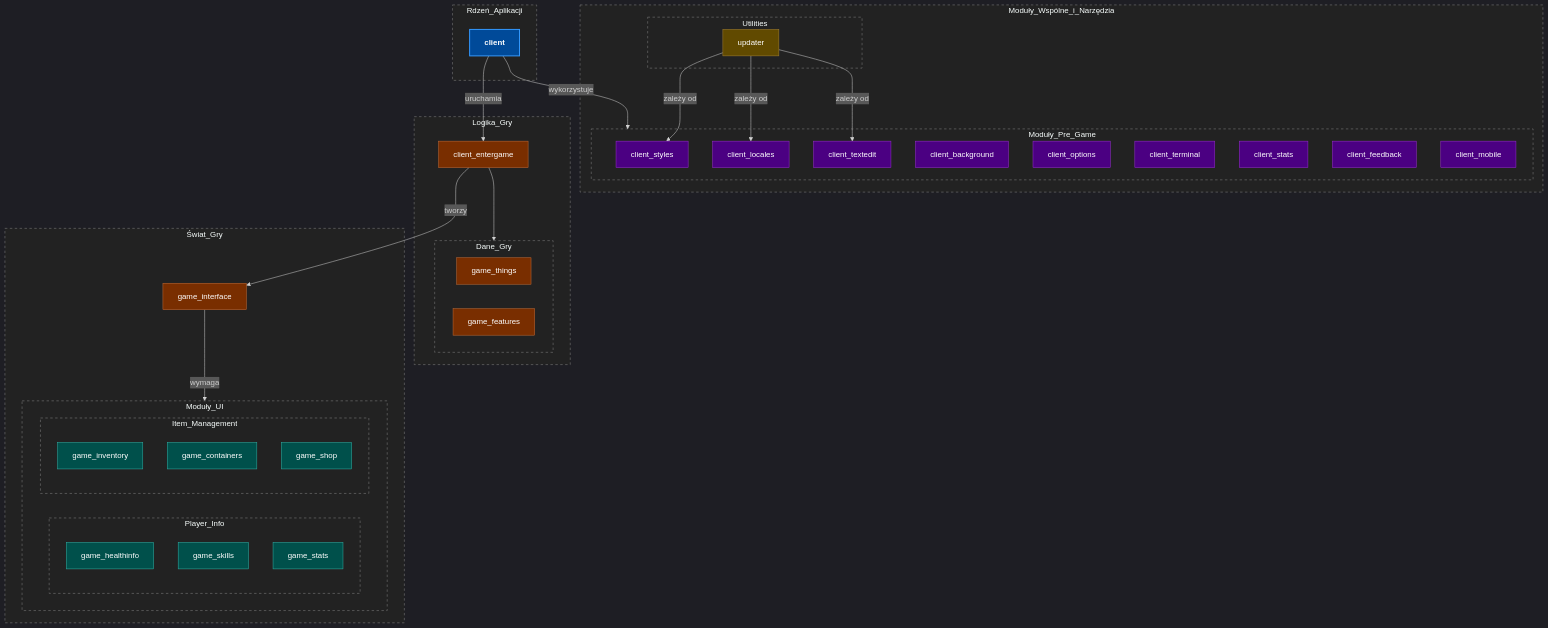
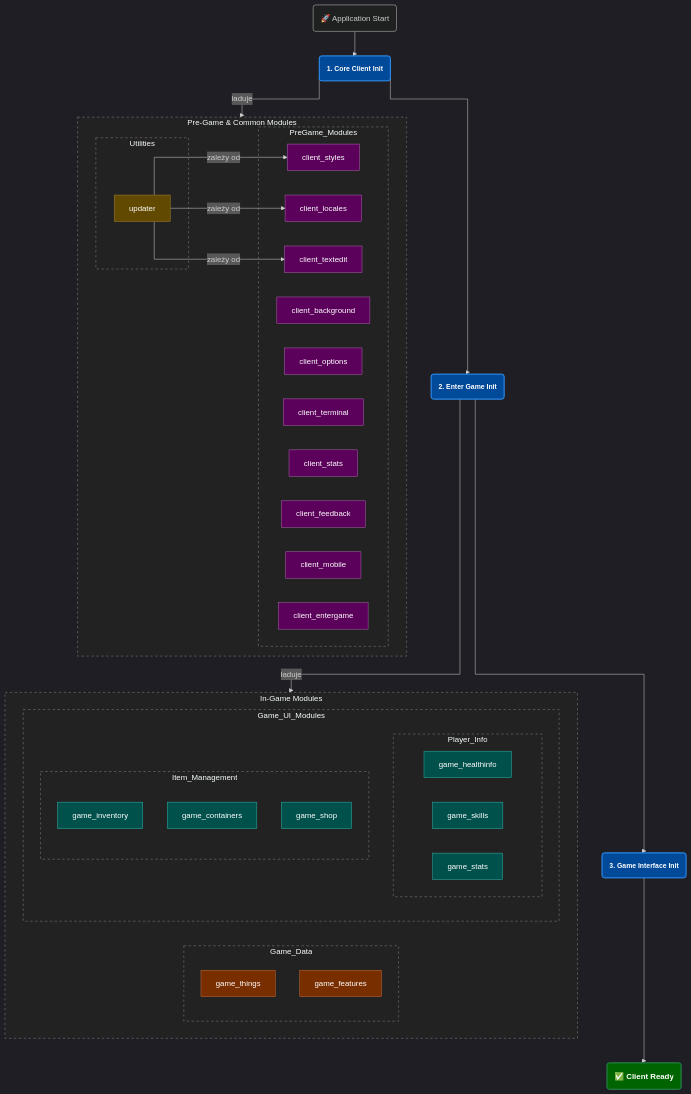
One commit to lukaszj321/otcv8-dev changed the diagram in docs/copilot/diagrams/modules_repo_dag.mmd. Above: the diagram before and after it, drawn with Mermaid.

```diff
--- a/docs/copilot/diagrams/modules_repo_dag.mmd
+++ b/docs/copilot/diagrams/modules_repo_dag.mmd
@@ -1,70 +1,66 @@
-%%{init: {"theme":"dark"}}%%
+%%{init: {"theme":"dark", "flowchart": {"curve": "stepBefore"}}}%%
 graph TD
     %% ===================================================================
-    %% DEFINICJE STYLÓW
+    %% DEFINICje STYLÓW - HIERARCHIA WIZUALNA
     %% ===================================================================
-    classDef core fill:#004a99,color:#fff,stroke:#3399ff,stroke-width:2px,font-weight:bold,font-size:16px;
-    classDef client_module fill:#4B0082,color:#fff,stroke:#9932CC;
-    classDef game_logic fill:#792e00,color:#fff,stroke:#c26d39;
-    classDef game_ui fill:#00504b,color:#fff,stroke:#33b3a9;
-    classDef utility fill:#614a00,color:#fff,stroke:#a68333;
-    classDef container fill:#222,stroke:#888,stroke-dasharray: 5 5;
+    classDef orchestrator fill:#004a99,color:#fff,stroke:#3399ff,stroke-width:2px,font-weight:bold,font-size:14px;
+    classDef module_group fill:#222,stroke:#888,stroke-dasharray: 5 5;
+    classDef pregame_module fill:#5b005b,color:#fff,stroke:#ad66ad;
+    classDef gamedata_module fill:#792e00,color:#fff,stroke:#c26d39;
+    classDef gameui_module fill:#00504b,color:#fff,stroke:#33b3a9;
+    classDef utility_module fill:#614a00,color:#fff,stroke:#a68333;
+    classDef final_state fill:#006400,color:#fff,stroke:#2E8B57,stroke-width:2px,font-weight:bold;
 
     %% ===================================================================
-    %% GŁÓWNY PRZEPŁYW ARCHITEKTONICZNY
+    %% GŁÓWNA OŚ PROCESU I STREFY
     %% ===================================================================
+    
+    Start("🚀 Application Start") --> client("1. Core Client Init");
 
-    subgraph Rdzeń_Aplikacji
-        client;
-    end
-    
-    subgraph Moduły_Wspólne_i_Narzędzia
+    subgraph Pre_Game_Zone [Pre-Game & Common Modules]
         subgraph Utilities
             updater;
         end
-        subgraph Moduły_Pre_Game
-            client_styles & client_locales & client_textedit & client_background & client_options & client_terminal & client_stats & client_feedback & client_mobile;
+        subgraph PreGame_Modules
+            client_styles & client_locales & client_textedit & client_background & client_options & client_terminal & client_stats & client_feedback & client_mobile & client_entergame;
         end
     end
-
-    subgraph Logika_Gry
-        client_entergame;
-        subgraph Dane_Gry
+    
+    client --> client_entergame_init("2. Enter Game Init");
+    client_entergame_init --> game_interface("3. Game Interface Init");
+    
+    subgraph In_Game_Zone [In-Game Modules]
+        subgraph Game_Data
             game_things & game_features;
         end
-        client_entergame --> Dane_Gry;
-    end
-
-    subgraph Świat_Gry
-        game_interface;
-        subgraph Moduły_UI
+        subgraph Game_UI_Modules
             subgraph Player_Info
                 game_healthinfo & game_skills & game_stats_ui[game_stats];
             end
             subgraph Item_Management
                 game_inventory & game_containers & game_shop;
             end
         end
-        game_interface -- "wymaga" --> Moduły_UI;
     end
-
+    
+    game_interface --> Ready("✅ Client Ready");
+    
     %% ===================================================================
-    %% POŁĄCZENIA MIĘDZY GŁÓWNYMI BLOKAMI
+    %% POŁĄCZENIA - DEFINIOWANIE PRZEPŁYWU
     %% ===================================================================
-    client -- "wykorzystuje" --> Moduły_Pre_Game;
-    client -- "uruchamia" --> client_entergame;
-    client_entergame -- "tworzy" --> game_interface;
+    client -- "ładuje" --> Pre_Game_Zone;
+    client_entergame_init -- "ładuje" --> In_Game_Zone;
     
     %% Zależności updatgera
     updater -- "zależy od" --> client_locales & client_styles & client_textedit;
 
     %% ===================================================================
-    %% PRZYPISANIE STYLÓW
+    %% PRZYPISANIE STYLÓW DO ELEMENTÓW
     %% ===================================================================
-    class client core;
-    class Rdzeń_Aplikacji,Moduły_Wspólne_i_Narzędzia,Logika_Gry,Świat_Gry,Utilities,Moduły_Pre_Game,Dane_Gry,Moduły_UI,Player_Info,Item_Management container;
-    class client_styles,client_locales,client_textedit,client_background,client_options,client_terminal,client_stats,client_feedback,client_mobile client_module;
-    class client_entergame,game_things,game_features game_logic;
-    class game_interface game_logic;
-    class game_healthinfo,game_skills,game_stats_ui,game_inventory,game_containers,game_shop game_ui;
-    class updater utility;
+    class client,client_entergame_init,game_interface orchestrator;
+    class Ready final_state;
+    class Pre_Game_Zone,In_Game_Zone,Utilities,PreGame_Modules,Game_Data,Game_UI_Modules,Player_Info,Item_Management module_group;
+    class client_styles,client_locales,client_textedit,client_background,client_options,client_terminal,client_stats,client_feedback,client_mobile,client_entergame pregame_module;
+    class game_things,game_features gamedata_module;
+    class game_healthinfo,game_skills,game_stats_ui,game_inventory,game_containers,game_shop gameui_module;
+    class updater utility_module;
```
